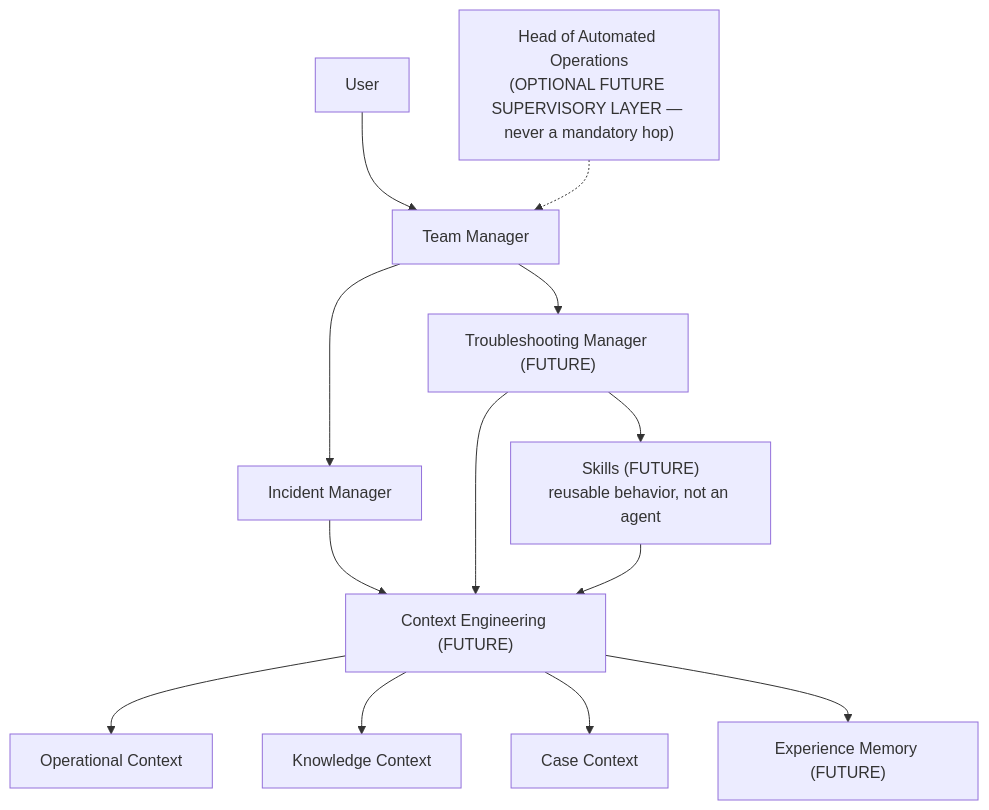
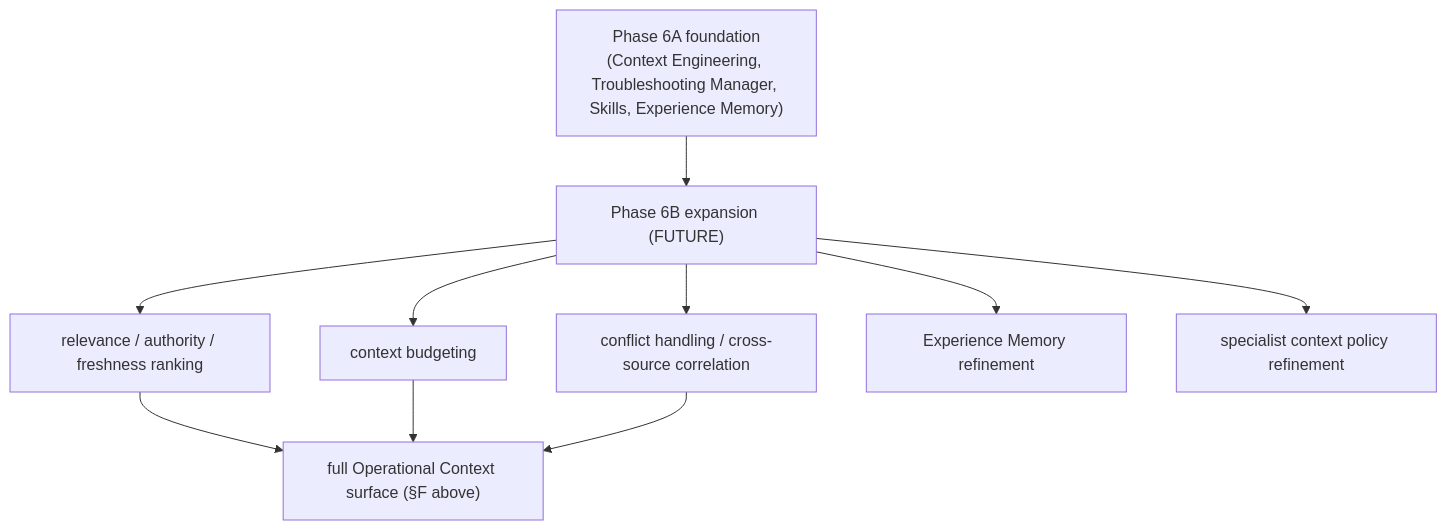
The ninth of 10 diagrams in docs/BUILD_SEQUENCE.md (drak0niii/SLOPANOC), drawn with Mermaid before and after one commit. The commit also changed other lines of this file and 4 other files, not shown here.

Commit message:
docs: realign roadmap for 5x and phase 6 split

````diff
--- a/docs/BUILD_SEQUENCE.md
+++ b/docs/BUILD_SEQUENCE.md
@@ -426,15 +697,12 @@
 ```mermaid
 flowchart TD
-    User --> TM[Team Manager]
-    TM --> IM[Incident Manager]
-    TM --> TSM["Troubleshooting Manager (FUTURE)"]
-    TSM --> SK["Skills (FUTURE)<br/>reusable behavior, not an agent"]
-    IM --> CEL["Context Engineering (FUTURE)"]
-    TSM --> CEL
-    SK --> CEL
-    CEL --> OC[Operational Context]
-    CEL --> KC[Knowledge Context]
-    CEL --> CC[Case Context]
-    CEL --> EM["Experience Memory (FUTURE)"]
-    HOO["Head of Automated Operations<br/>(OPTIONAL FUTURE SUPERVISORY LAYER — never a mandatory hop)"] -.-> TM
+    F6A["Phase 6A foundation<br/>(Context Engineering, Troubleshooting Manager, Skills, Experience Memory)"] --> EXPAND["Phase 6B expansion (FUTURE)"]
+    EXPAND --> RANK["relevance / authority / freshness ranking"]
+    EXPAND --> BUDGET["context budgeting"]
+    EXPAND --> CONFLICT["conflict handling / cross-source correlation"]
+    EXPAND --> EMREFINE["Experience Memory refinement"]
+    EXPAND --> POLICY["specialist context policy refinement"]
+    RANK --> FULLOC["full Operational Context surface (§F above)"]
+    BUDGET --> FULLOC
+    CONFLICT --> FULLOC
 ```
````
